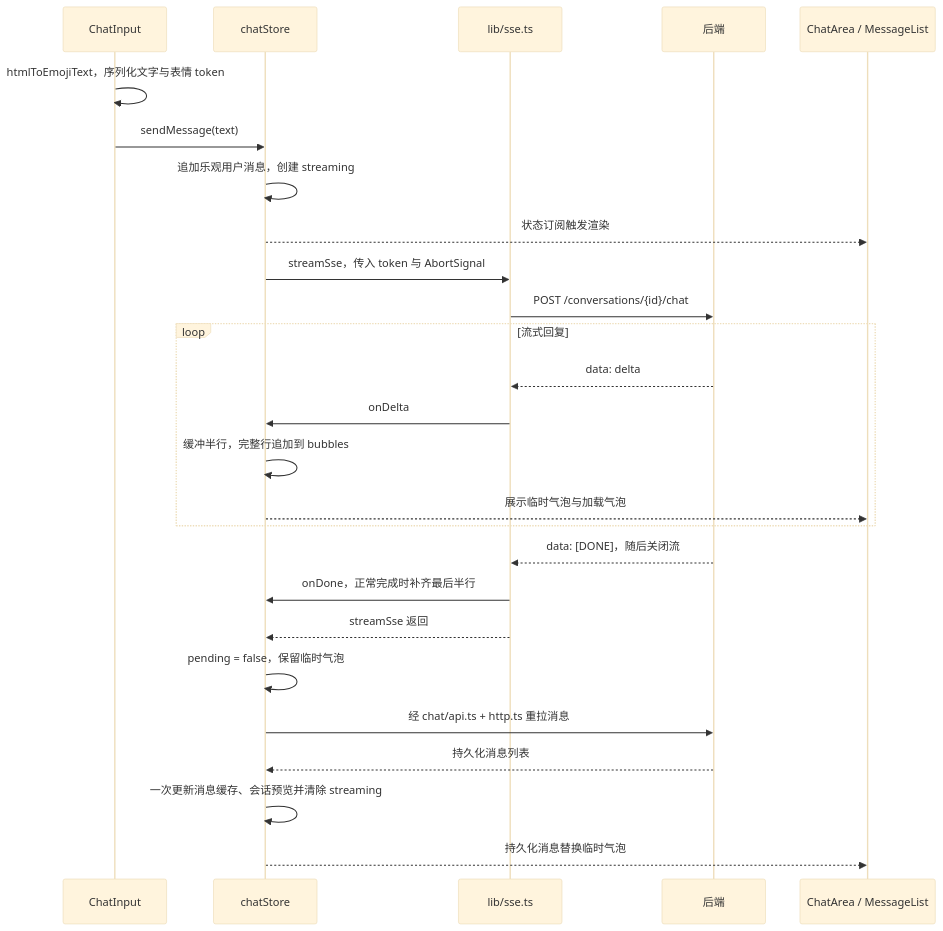
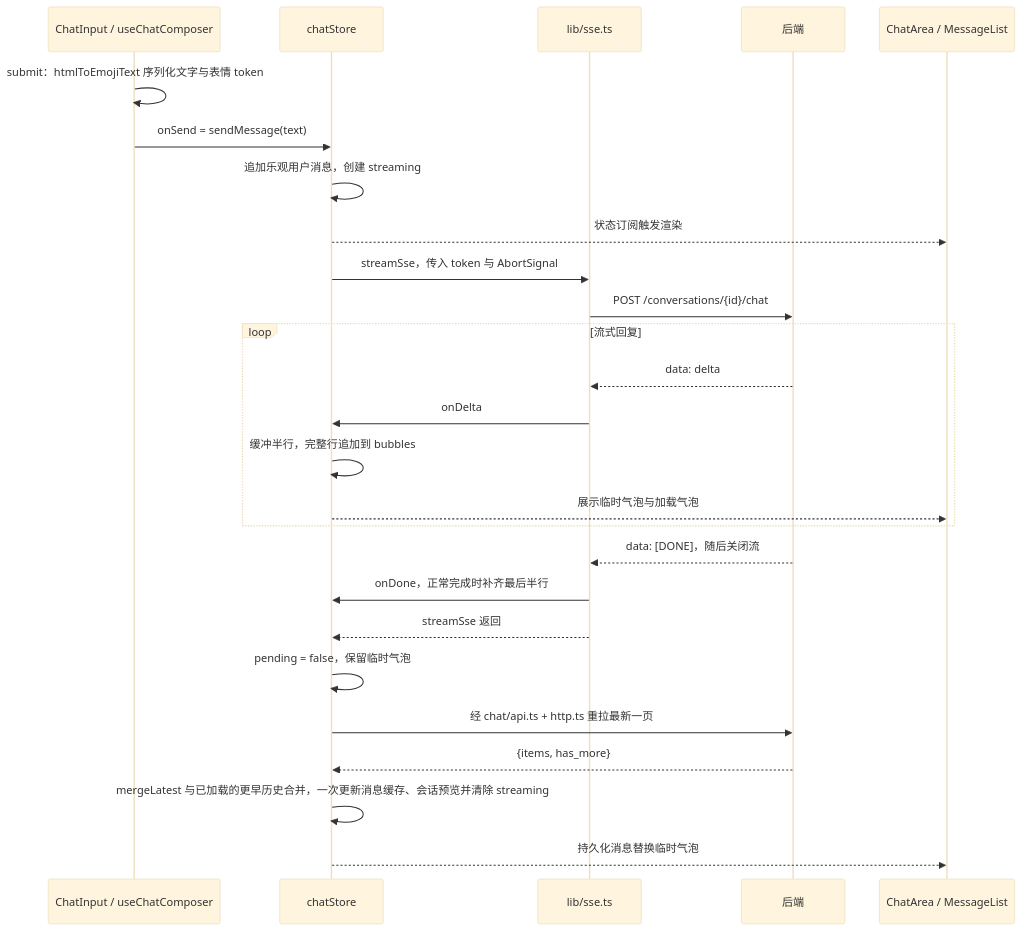
Before and after one commit to Youri2000/baker-chat: the third of 3 diagrams in docs/diagrams/frontend-architecture.md, drawn with Mermaid (base theme). The commit also changed other lines of this file and 6 other files, not shown here.

````diff
--- a/docs/diagrams/frontend-architecture.md
+++ b/docs/diagrams/frontend-architecture.md
@@ -89,29 +96,29 @@
 ```mermaid
 sequenceDiagram
-    participant I as ChatInput
+    participant I as ChatInput / useChatComposer
     participant C as chatStore
     participant S as lib/sse.ts
     participant B as 后端
     participant M as ChatArea / MessageList
 
-    I->>I: htmlToEmojiText，序列化文字与表情 token
-    I->>C: sendMessage(text)
+    I->>I: submit：htmlToEmojiText 序列化文字与表情 token
+    I->>C: onSend = sendMessage(text)
     C->>C: 追加乐观用户消息，创建 streaming
     C-->>M: 状态订阅触发渲染
     C->>S: streamSse，传入 token 与 AbortSignal
     S->>B: POST /conversations/{id}/chat
     loop 流式回复
         B-->>S: data: delta
         S->>C: onDelta
         C->>C: 缓冲半行，完整行追加到 bubbles
         C-->>M: 展示临时气泡与加载气泡
     end
     B-->>S: data: [DONE]，随后关闭流
     S->>C: onDone，正常完成时补齐最后半行
     S-->>C: streamSse 返回
     C->>C: pending = false，保留临时气泡
-    C->>B: 经 chat/api.ts + http.ts 重拉消息
-    B-->>C: 持久化消息列表
-    C->>C: 一次更新消息缓存、会话预览并清除 streaming
+    C->>B: 经 chat/api.ts + http.ts 重拉最新一页
+    B-->>C: {items, has_more}
+    C->>C: mergeLatest 与已加载的更早历史合并，一次更新消息缓存、会话预览并清除 streaming
     C-->>M: 持久化消息替换临时气泡
 ```
````
